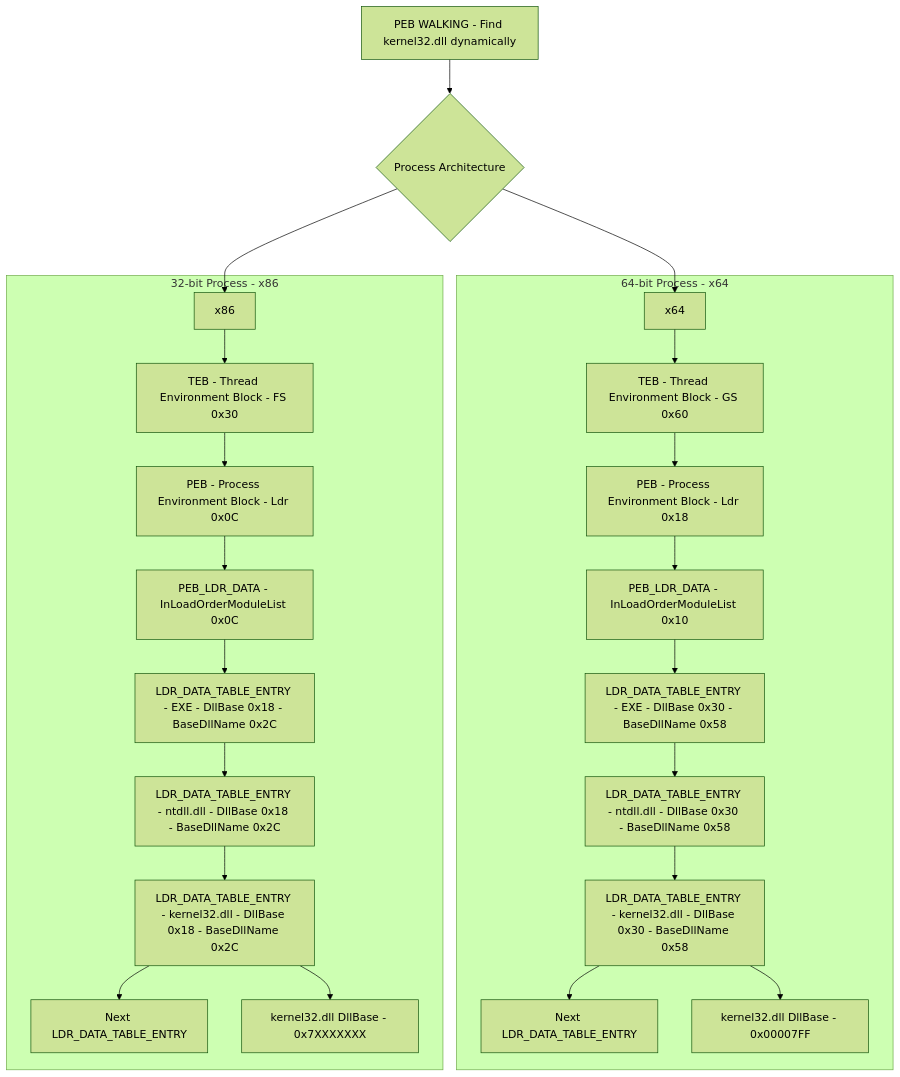
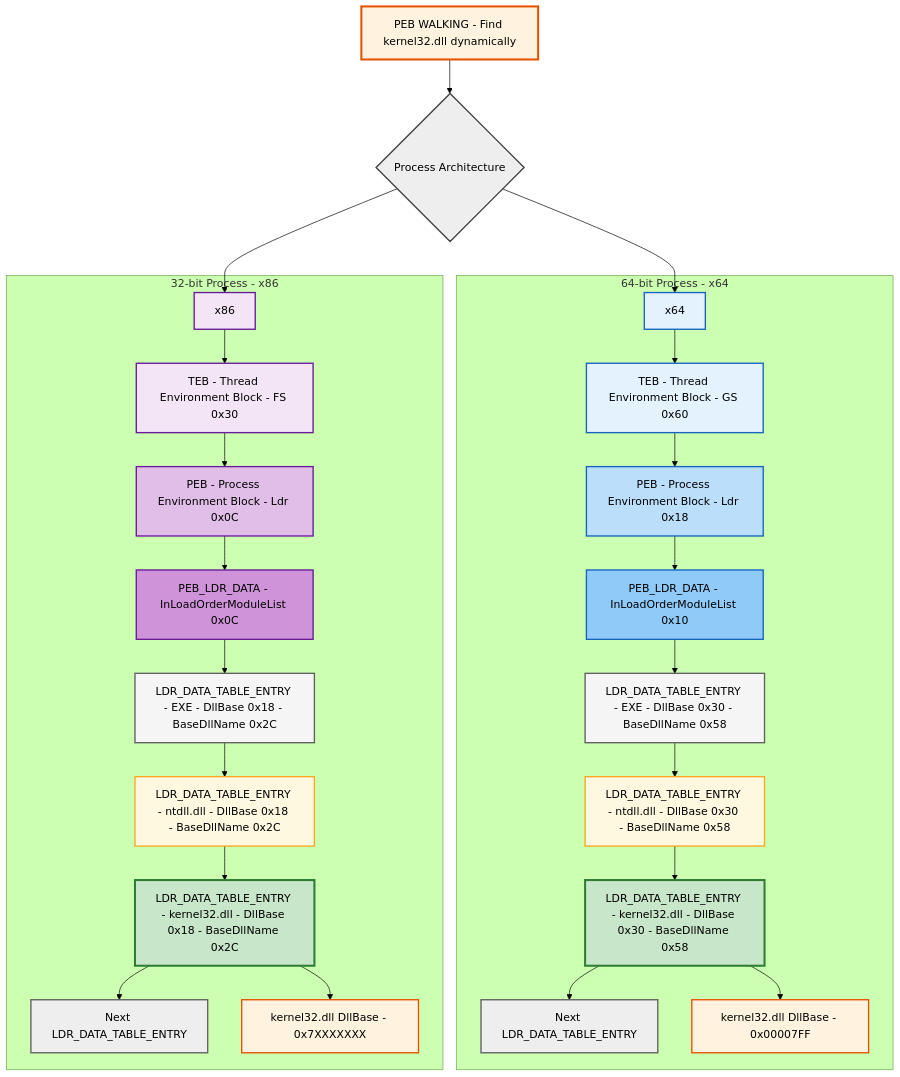
Before and after one commit to adolfcna/ATTvDEF: the second of 2 diagrams in content/Mitre Attack/Resource Development TA0042/Develop Capabilities T1587/Exploit/ShellCode/Windows x64 Assembly.md, drawn with Mermaid (forest theme).

Commit message:
vault backup: 2026-10-06 22:56:19

````diff
--- a/content/Mitre Attack/Resource Development TA0042/Develop Capabilities T1587/Exploit/ShellCode/Windows x64 Assembly.md
+++ b/content/Mitre Attack/Resource Development TA0042/Develop Capabilities T1587/Exploit/ShellCode/Windows x64 Assembly.md
@@ -220,4 +220,36 @@
 K3232 --> BASE32
 
 end
+
+
+%% =========================
+%% Styling
+%% =========================
+
+style START fill:#fff3e0,stroke:#e65100,stroke-width:3px
+style ARCH fill:#eeeeee,stroke:#424242,stroke-width:2px
+
+style X64_START fill:#e3f2fd,stroke:#1565c0,stroke-width:2px
+style TEB64 fill:#e3f2fd,stroke:#1565c0,stroke-width:2px
+style PEB64 fill:#bbdefb,stroke:#1565c0,stroke-width:2px
+style LDR64 fill:#90caf9,stroke:#1565c0,stroke-width:2px
+
+style EXE64 fill:#f5f5f5,stroke:#616161,stroke-width:2px
+style NTDLL64 fill:#fff8e1,stroke:#f9a825,stroke-width:2px
+style K3264 fill:#c8e6c9,stroke:#2e7d32,stroke-width:3px
+
+style NEXT64 fill:#eeeeee,stroke:#616161,stroke-width:2px
+style BASE64 fill:#fff3e0,stroke:#e65100,stroke-width:2px
+
+style X86_START fill:#f3e5f5,stroke:#6a1b9a,stroke-width:2px
+style TEB32 fill:#f3e5f5,stroke:#6a1b9a,stroke-width:2px
+style PEB32 fill:#e1bee7,stroke:#6a1b9a,stroke-width:2px
+style LDR32 fill:#ce93d8,stroke:#6a1b9a,stroke-width:2px
+
+style EXE32 fill:#f5f5f5,stroke:#616161,stroke-width:2px
+style NTDLL32 fill:#fff8e1,stroke:#f9a825,stroke-width:2px
+style K3232 fill:#c8e6c9,stroke:#2e7d32,stroke-width:3px
+
+style NEXT32 fill:#eeeeee,stroke:#616161,stroke-width:2px
+style BASE32 fill:#fff3e0,stroke:#e65100,stroke-width:2px
 ```
````
